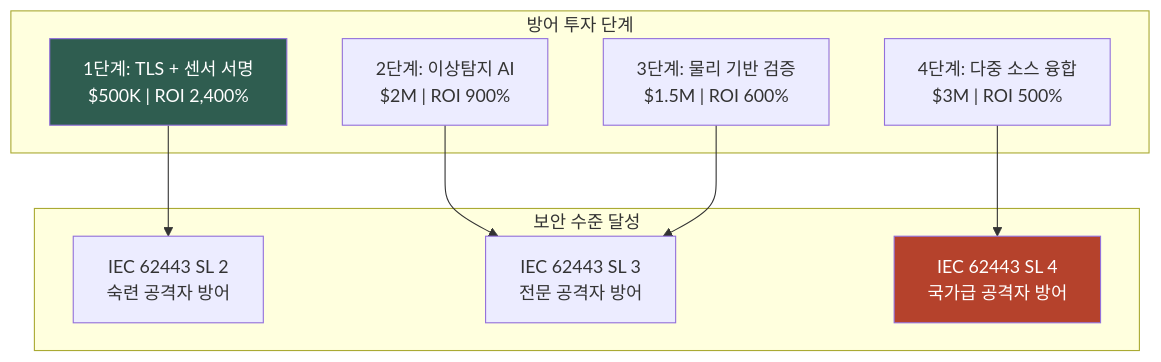
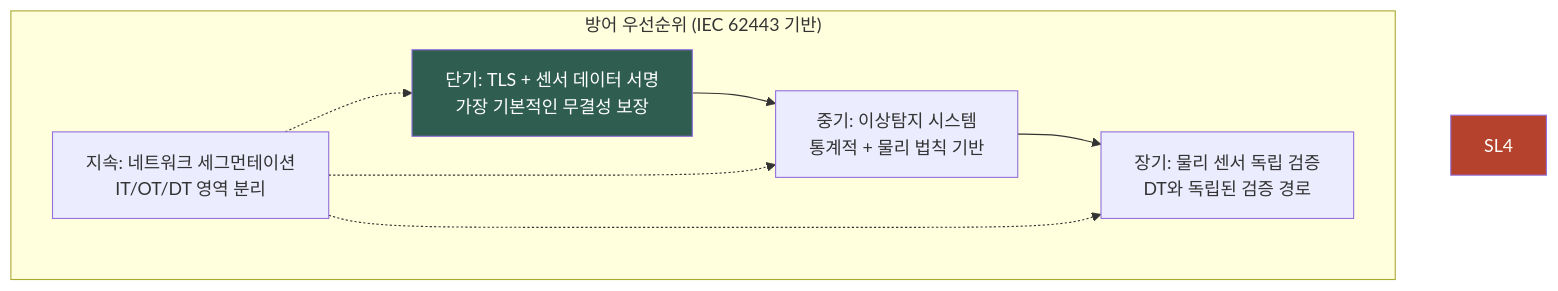
One commit to AICRA-PAGE/AICRA-PAGE.github.io changed the fifth of 6 diagrams in _posts/2026-03-22-digital-twin-security.md. Above: the diagram before and after it, drawn with Mermaid. The commit also changed other lines of this file and 3 other files, not shown here.

````diff
--- a/_posts/2026-03-22-digital-twin-security.md
+++ b/_posts/2026-03-22-digital-twin-security.md
@@ -621,23 +660,17 @@
 ```mermaid
 graph TB
-    subgraph 투자["방어 투자 단계"]
-        L1["1단계: TLS + 센서 서명<br/>$500K | ROI 2,400%"]
-        L2["2단계: 이상탐지 AI<br/>$2M | ROI 900%"]
-        L3["3단계: 물리 기반 검증<br/>$1.5M | ROI 600%"]
-        L4["4단계: 다중 소스 융합<br/>$3M | ROI 500%"]
+    subgraph 우선순위["방어 우선순위 (IEC 62443 기반)"]
+        L1["단기: TLS + 센서 데이터 서명<br/>가장 기본적인 무결성 보장"]
+        L2["중기: 이상탐지 시스템<br/>통계적 + 물리 법칙 기반"]
+        L3["장기: 물리 센서 독립 검증<br/>DT와 독립된 검증 경로"]
+        L4["지속: 네트워크 세그먼테이션<br/>IT/OT/DT 영역 분리"]
     end
 
-    subgraph 효과["보안 수준 달성"]
-        SL2["IEC 62443 SL 2<br/>숙련 공격자 방어"]
-        SL3["IEC 62443 SL 3<br/>전문 공격자 방어"]
-        SL4["IEC 62443 SL 4<br/>국가급 공격자 방어"]
-    end
-
-    L1 --> SL2
-    L2 --> SL3
-    L3 --> SL3
-    L4 --> SL4
+    L1 --> L2 --> L3
+    L4 -.-> L1
+    L4 -.-> L2
+    L4 -.-> L3
 
     style L1 fill:#2F5D50,color:#fff
     style SL4 fill:#B5422C,color:#fff
 ```
````
